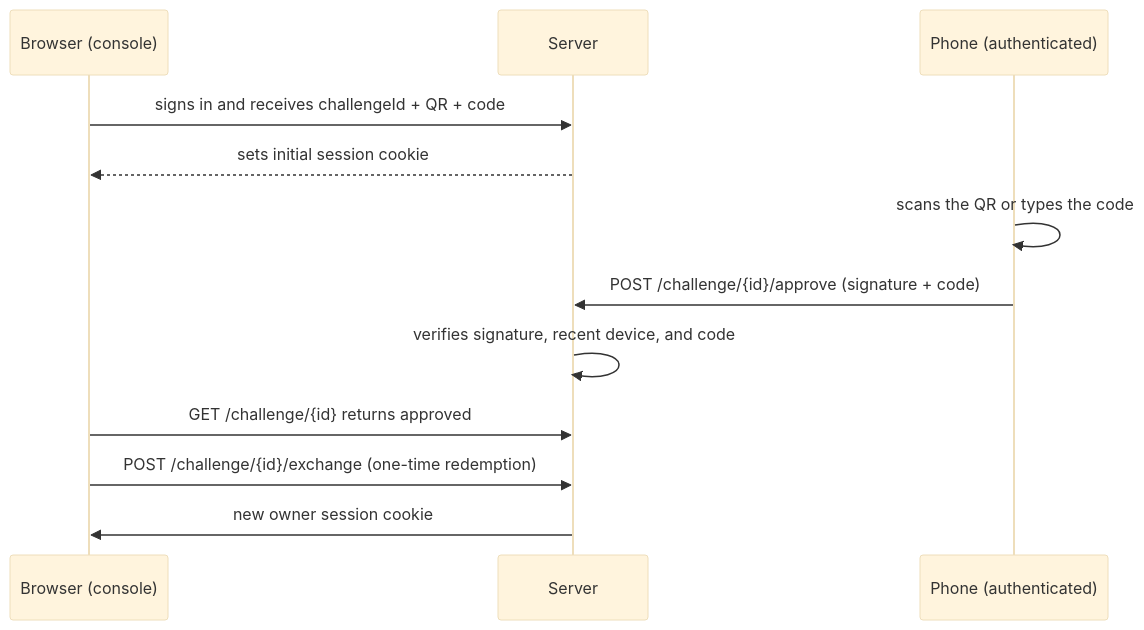
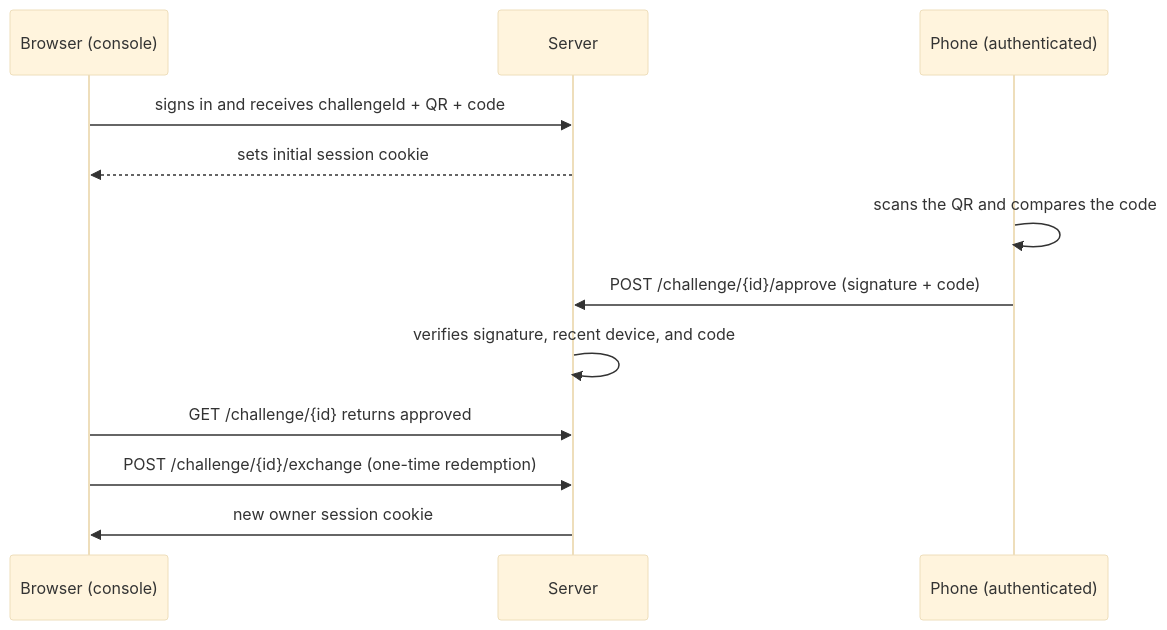
Before and after one commit to carlosgdelvalle/tienditapp: the diagram in docs/produccion/04-identidad-onboarding-y-pey.md, drawn with Mermaid (base theme). The commit also changed other lines of this file and 24 other files, not shown here.

````diff
--- a/docs/produccion/04-identidad-onboarding-y-pey.md
+++ b/docs/produccion/04-identidad-onboarding-y-pey.md
@@ -60,14 +62,14 @@
 ```mermaid
 sequenceDiagram
     participant B as Browser (console)
     participant S as Server
     participant P as Phone (authenticated)
     B->>S: signs in and receives challengeId + QR + code
     S-->>B: sets initial session cookie
-    P->>P: scans the QR or types the code
+    P->>P: scans the QR and compares the code
     P->>S: POST /challenge/{id}/approve (signature + code)
     S->>S: verifies signature, recent device, and code
     B->>S: GET /challenge/{id} returns approved
     B->>S: POST /challenge/{id}/exchange (one-time redemption)
     S->>B: new owner session cookie
 ```
````
